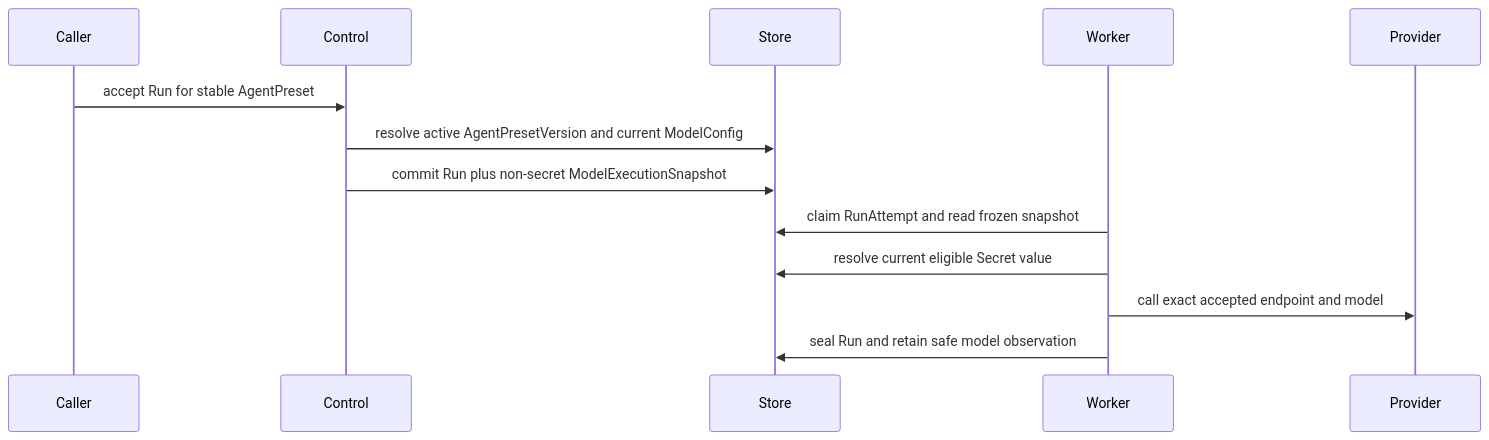
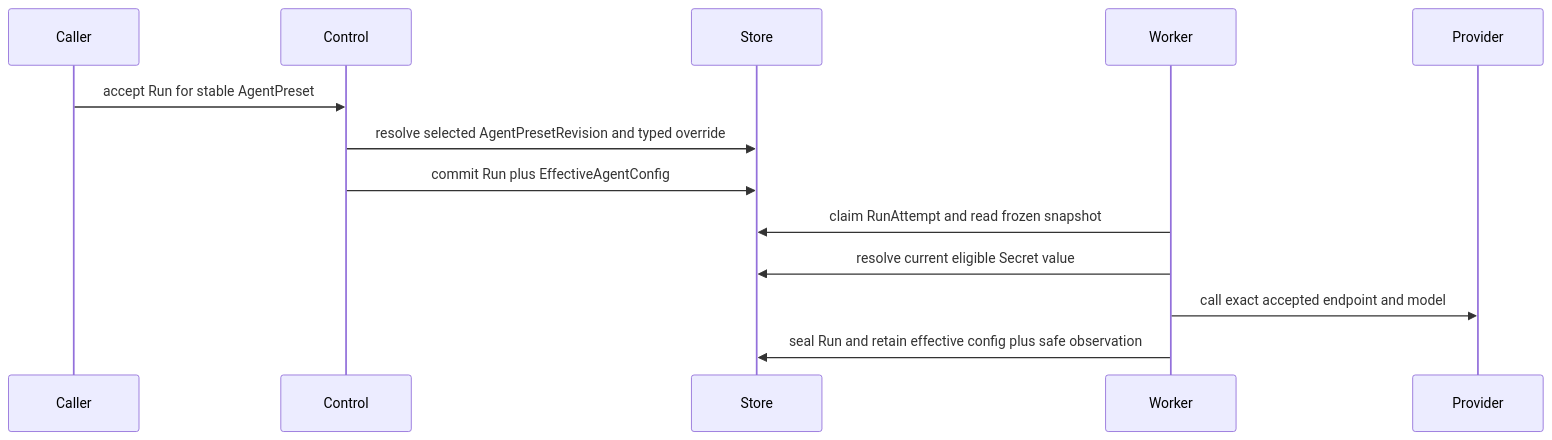
One commit to LTThreeComma/agent-foundation changed the diagram in spec/foundation-service/25-model-management.md. Above: the diagram before and after it, drawn with Mermaid. The commit also changed other lines of this file and 30 other files, not shown here.

First line of the commit message:
docs(agent-management): define preset revisions and run overrides (#83)

````diff
--- a/spec/foundation-service/25-model-management.md
+++ b/spec/foundation-service/25-model-management.md
@@ -175,16 +175,16 @@
 ```mermaid
 sequenceDiagram
     participant Caller
     participant Control
     participant Store
     participant Worker
     participant Provider
 
     Caller->>Control: accept Run for stable AgentPreset
-    Control->>Store: resolve active AgentPresetVersion and current ModelConfig
-    Control->>Store: commit Run plus non-secret ModelExecutionSnapshot
+    Control->>Store: resolve selected AgentPresetRevision and typed override
+    Control->>Store: commit Run plus EffectiveAgentConfig
     Worker->>Store: claim RunAttempt and read frozen snapshot
     Worker->>Store: resolve current eligible Secret value
     Worker->>Provider: call exact accepted endpoint and model
-    Worker->>Store: seal Run and retain safe model observation
+    Worker->>Store: seal Run and retain effective config plus safe observation
 ```
````
